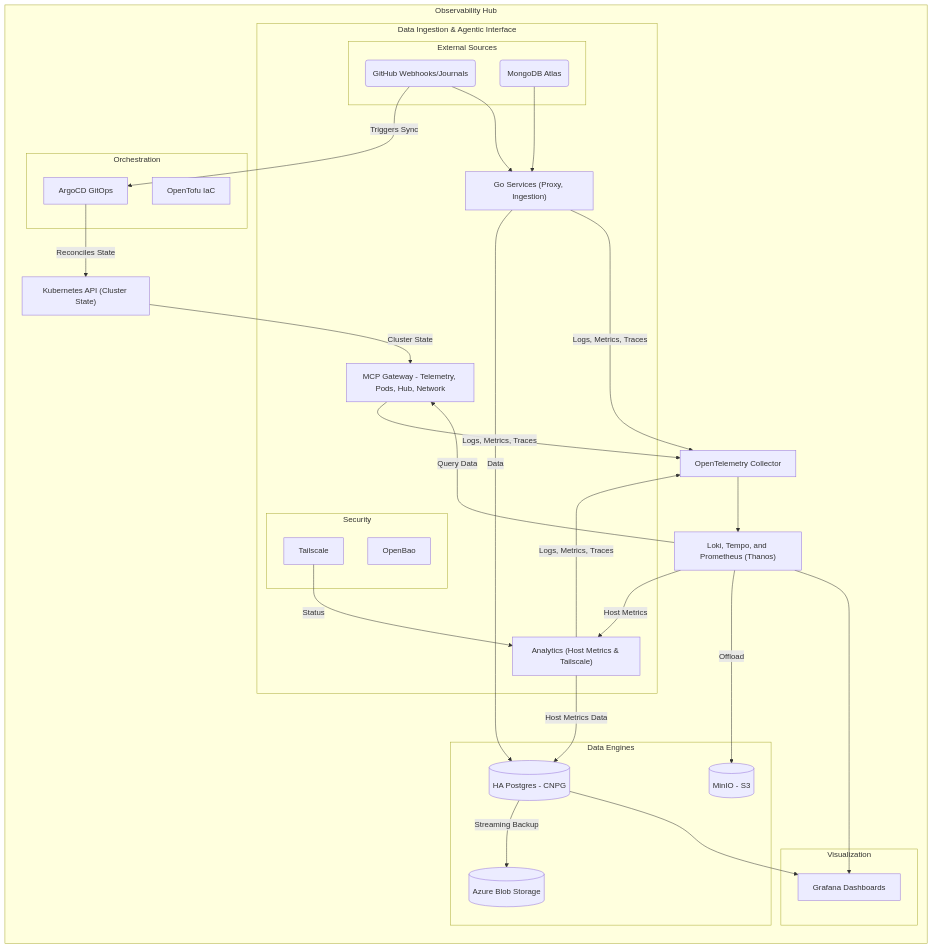
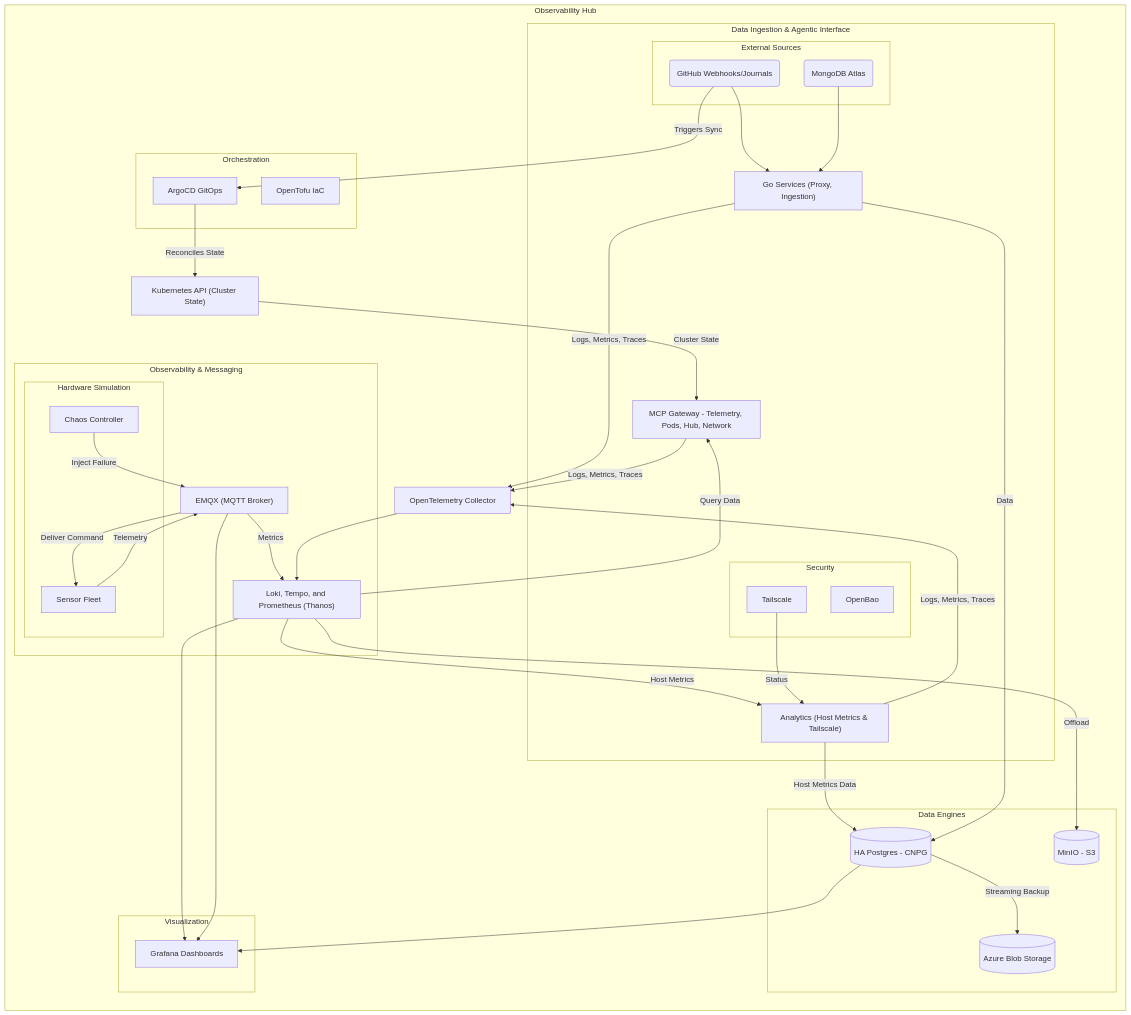
Before and after one commit to victoriacheng15/observability-hub: the diagram in README.md, drawn with Mermaid. The commit also changed 3 other files, not shown here.

Commit message:
docs(arch): document hardware simulation and chaos engineering (#385)

````diff
--- a/README.md
+++ b/README.md
@@ -84,7 +84,15 @@
         K3S["Kubernetes API (Cluster State)"]
         OTEL[OpenTelemetry Collector]
 
-        Observability["Loki, Tempo, and Prometheus (Thanos)"]
+        subgraph DataPlatform ["Observability & Messaging"]
+            Observability["Loki, Tempo, and Prometheus (Thanos)"]
+            EMQX["EMQX (MQTT Broker)"]
+            subgraph Simulation ["Hardware Simulation"]
+                Sensors["Sensor Fleet"]
+                Chaos["Chaos Controller"]
+            end
+        end
+
         subgraph Storage ["Data Engines"]
             PG[(HA Postgres - CNPG)]
             S3[(MinIO - S3)]
@@ -109,6 +117,12 @@
     Observability -- "Query Data" --> MCP
     K3S -- "Cluster State" --> MCP
 
+    %% Simulation & Chaos
+    Chaos -- "Inject Failure" --> EMQX
+    EMQX -- "Deliver Command" --> Sensors
+    Sensors -- "Telemetry" --> EMQX
+    EMQX -- "Metrics" --> Observability
+
     %% Telemetry & Storage Connections
     Observability -- "Host Metrics" --> Analytics
     Tailscale -- "Status" --> Analytics
@@ -124,5 +138,5 @@
     PG -- "Streaming Backup" --> Azure
 
     %% Visualization Connections
-    Observability & PG --> Grafana
+    Observability & PG & EMQX --> Grafana
 ```
````
